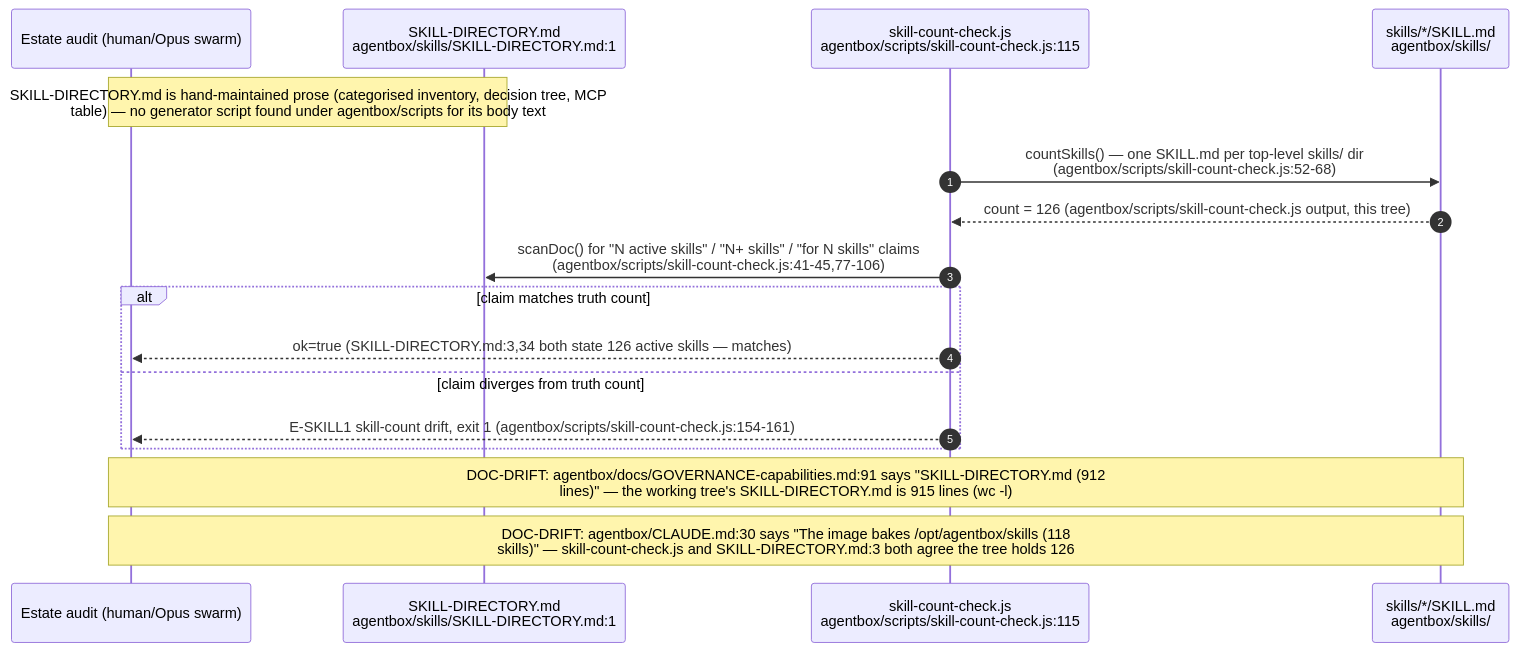
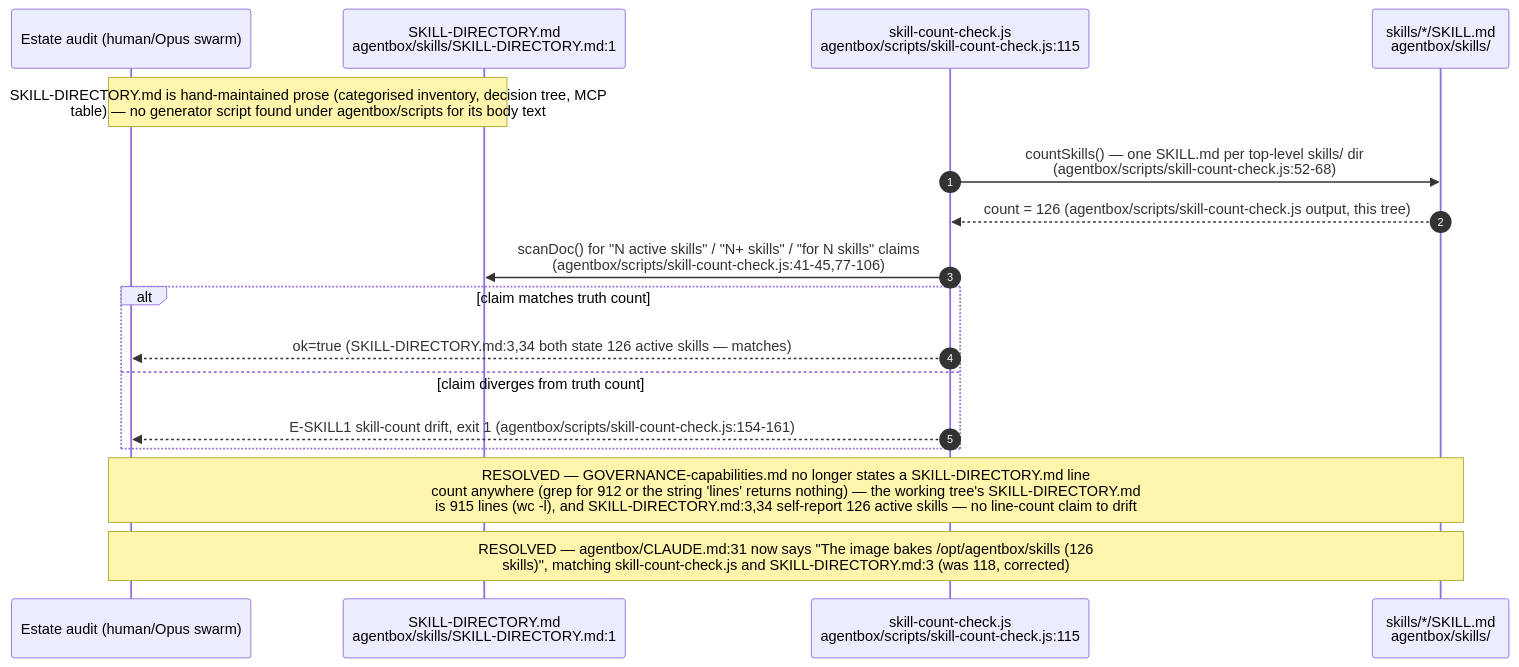
The fourth of 13 diagrams in docs/diagrams/agentbox/22-skills-and-routing.md (DreamLab-AI/VisionFlow), drawn with Mermaid before and after one commit. The commit also changed other lines of this file and 185 other files, not shown here.

Commit message:
docs(estate): reconcile diagrams and ADRs with source and define closeout sprint

````diff
--- a/docs/diagrams/agentbox/22-skills-and-routing.md
+++ b/docs/diagrams/agentbox/22-skills-and-routing.md
@@ -140,20 +142,20 @@
 ```mermaid
 sequenceDiagram
     autonumber
     participant AUTHOR as Estate audit (human/Opus swarm)
     participant DIR as SKILL-DIRECTORY.md<br/>agentbox/skills/SKILL-DIRECTORY.md:1
     participant CNT as skill-count-check.js<br/>agentbox/scripts/skill-count-check.js:115
     participant DISK as skills/*/SKILL.md<br/>agentbox/skills/
 
     Note over AUTHOR,DIR: SKILL-DIRECTORY.md is hand-maintained prose (categorised inventory, decision tree, MCP<br/>table) — no generator script found under agentbox/scripts for its body text
     CNT->>DISK: countSkills() — one SKILL.md per top-level skills/ dir<br/>(agentbox/scripts/skill-count-check.js:52-68)
     DISK-->>CNT: count = 126 (agentbox/scripts/skill-count-check.js output, this tree)
     CNT->>DIR: scanDoc() for "N active skills" / "N+ skills" / "for N skills" claims<br/>(agentbox/scripts/skill-count-check.js:41-45,77-106)
     alt claim matches truth count
         CNT-->>AUTHOR: ok=true (SKILL-DIRECTORY.md:3,34 both state 126 active skills — matches)
     else claim diverges from truth count
         CNT-->>AUTHOR: E-SKILL1 skill-count drift, exit 1 (agentbox/scripts/skill-count-check.js:154-161)
     end
-    Note over AUTHOR,DISK: DOC-DRIFT: agentbox/docs/GOVERNANCE-capabilities.md:91 says "SKILL-DIRECTORY.md (912<br/>lines)" — the working tree's SKILL-DIRECTORY.md is 915 lines (wc -l)
-    Note over AUTHOR,DISK: DOC-DRIFT: agentbox/CLAUDE.md:30 says "The image bakes /opt/agentbox/skills (118<br/>skills)" — skill-count-check.js and SKILL-DIRECTORY.md:3 both agree the tree holds 126
+    Note over AUTHOR,DISK: RESOLVED — GOVERNANCE-capabilities.md no longer states a SKILL-DIRECTORY.md line<br/>count anywhere #40;grep for 912 or the string 'lines' returns nothing#41; — the working tree's SKILL-DIRECTORY.md<br/>is 915 lines #40;wc -l#41;, and SKILL-DIRECTORY.md:3,34 self-report 126 active skills — no line-count claim to drift
+    Note over AUTHOR,DISK: RESOLVED — agentbox/CLAUDE.md:31 now says "The image bakes /opt/agentbox/skills (126<br/>skills)", matching skill-count-check.js and SKILL-DIRECTORY.md:3 (was 118, corrected)
 ```
````
